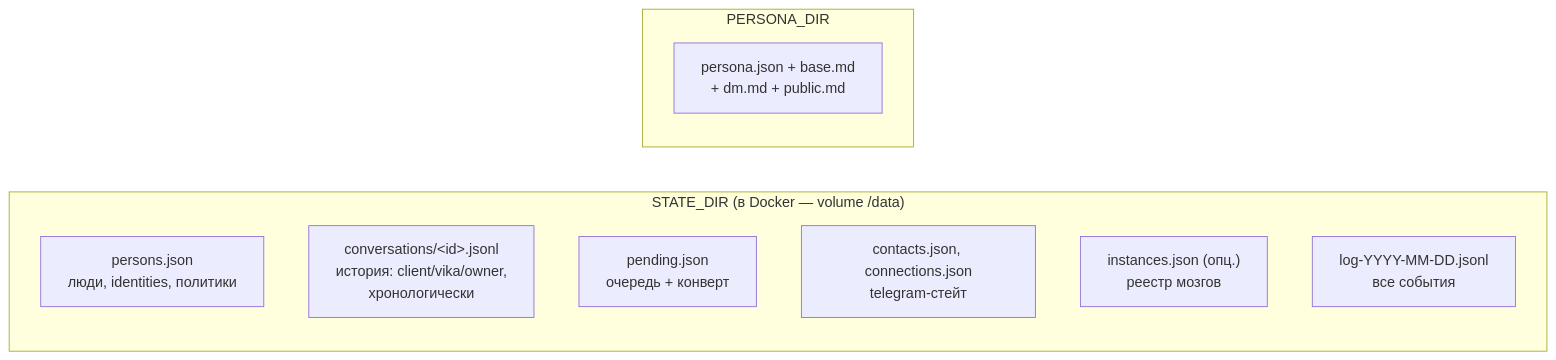
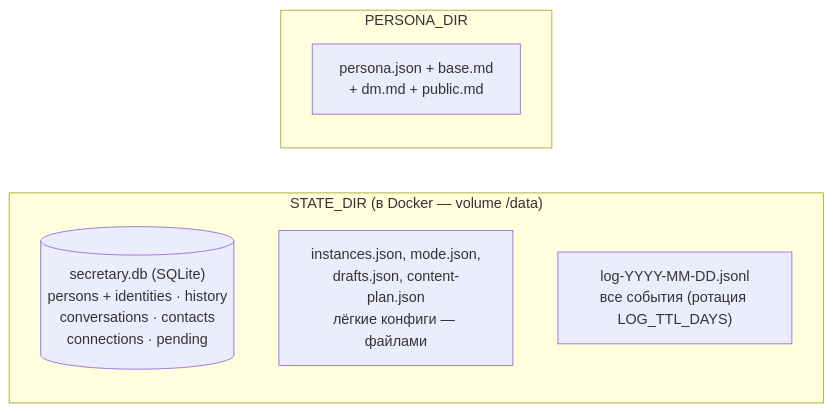
The third of 3 diagrams in docs/architecture.md (Rivega42/telegram-secretary), drawn with Mermaid before and after one commit. The commit also changed other lines of this file and 15 other files, not shown here.

First line of the commit message:
feat: SQLite вместо JSON-файлов — стейт в secretary.db с авто-миграцией

````diff
--- a/docs/architecture.md
+++ b/docs/architecture.md
@@ -121,14 +124,11 @@
 ```mermaid
 flowchart LR
     subgraph STATE_DIR["STATE_DIR (в Docker — volume /data)"]
-        P1["persons.json<br>люди, identities, политики"]
-        P2["conversations/&lt;id&gt;.jsonl<br>история: client/vika/owner,<br>хронологически"]
-        P3["pending.json<br>очередь + конверт"]
-        P4["contacts.json, connections.json<br>telegram-стейт"]
-        P5["instances.json (опц.)<br>реестр мозгов"]
-        P6["log-YYYY-MM-DD.jsonl<br>все события"]
+        DB[("secretary.db (SQLite)<br>persons + identities · history<br>conversations · contacts<br>connections · pending")]
+        P5["instances.json, mode.json,<br>drafts.json, content-plan.json<br>лёгкие конфиги — файлами"]
+        P6["log-YYYY-MM-DD.jsonl<br>все события (ротация LOG_TTL_DAYS)"]
     end
     subgraph PERSONA_DIR["PERSONA_DIR"]
         Q1["persona.json + base.md<br>+ dm.md + public.md"]
     end
 ```
````
